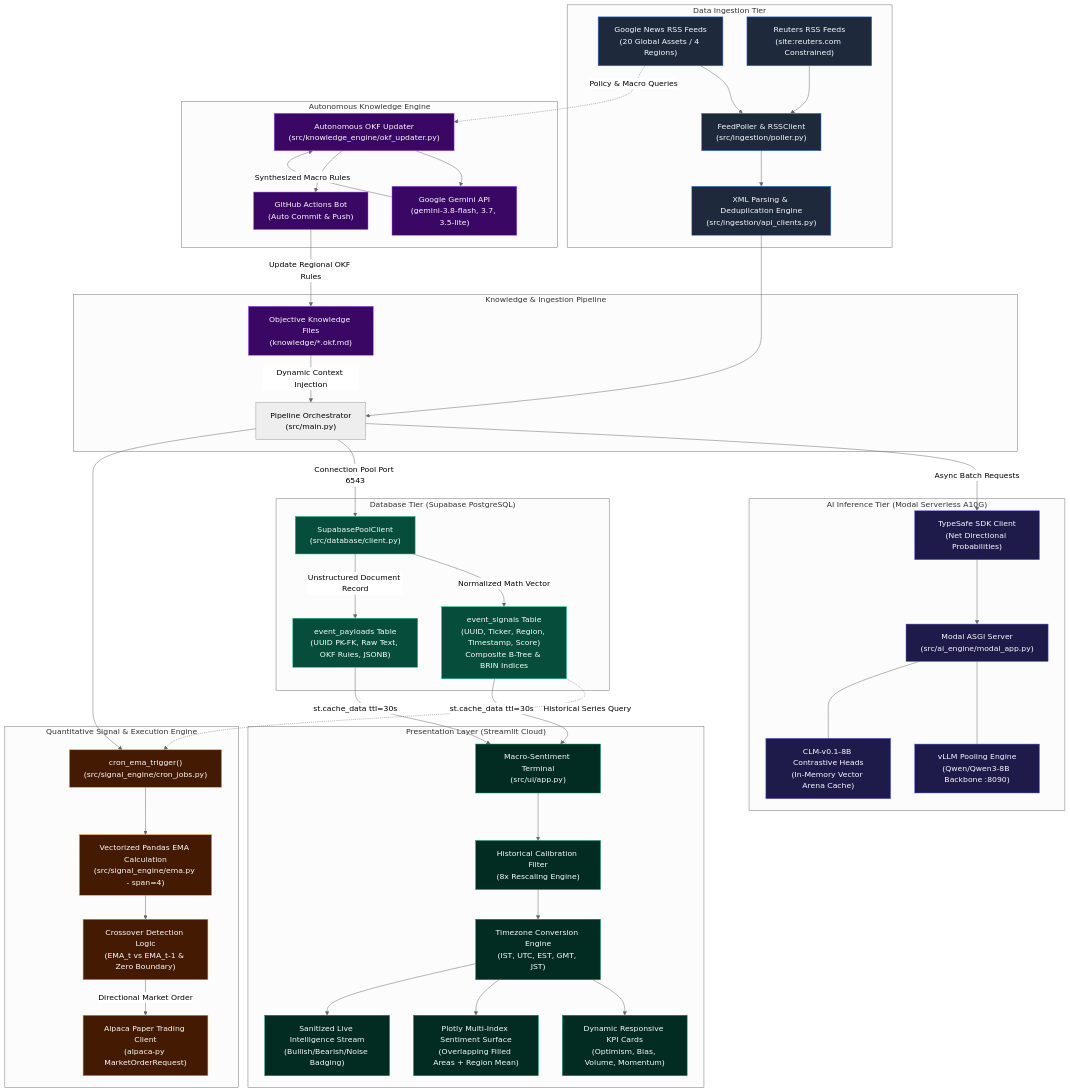
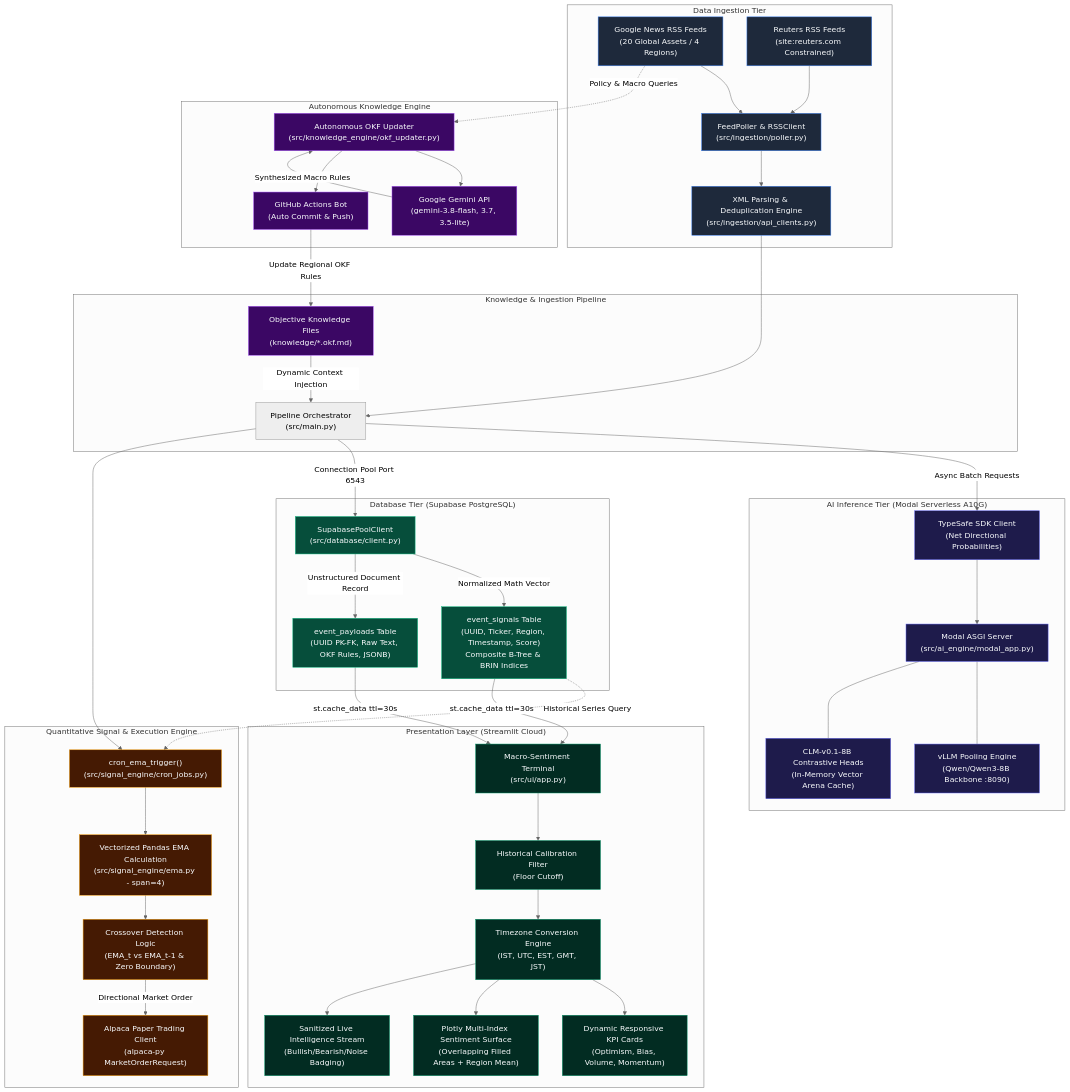
Before and after one commit to Shivam-Jha96/gsp: the first of 3 diagrams in docs/architecture_and_workflow.md, drawn with Mermaid (neutral theme). The commit also changed other lines of this file and 2 other files, not shown here.

Commit message:
docs: sync architecture, math formulations, and root readme with recent changes

```diff
--- a/docs/architecture_and_workflow.md
+++ b/docs/architecture_and_workflow.md
@@ -81,7 +81,7 @@
 
     subgraph S6["Presentation Layer (Streamlit Cloud)"]
         ST_APP["Macro-Sentiment Terminal<br/>(src/ui/app.py)"]
-        CALIBRATE["Historical Calibration Filter<br/>(8x Rescaling Engine)"]
+        CALIBRATE["Historical Calibration Filter<br/>(Floor Cutoff)"]
         TZ_ENGINE["Timezone Conversion Engine<br/>(IST, UTC, EST, GMT, JST)"]
         KPI_TILES["Dynamic Responsive KPI Cards<br/>(Optimism, Bias, Volume, Momentum)"]
         PLOTLY_AREA["Plotly Multi-Index Sentiment Surface<br/>(Overlapping Filled Areas + Region Mean)"]
```
